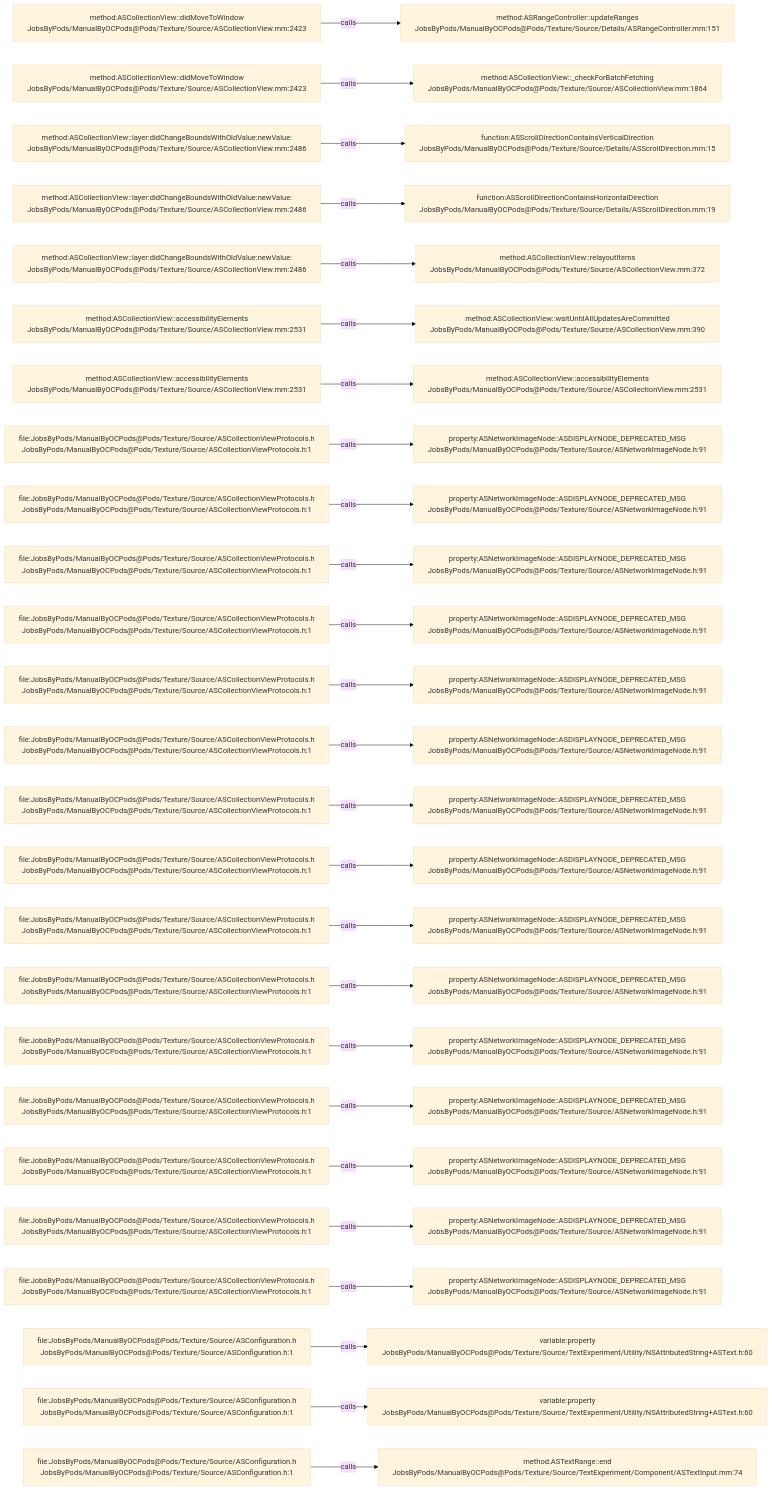
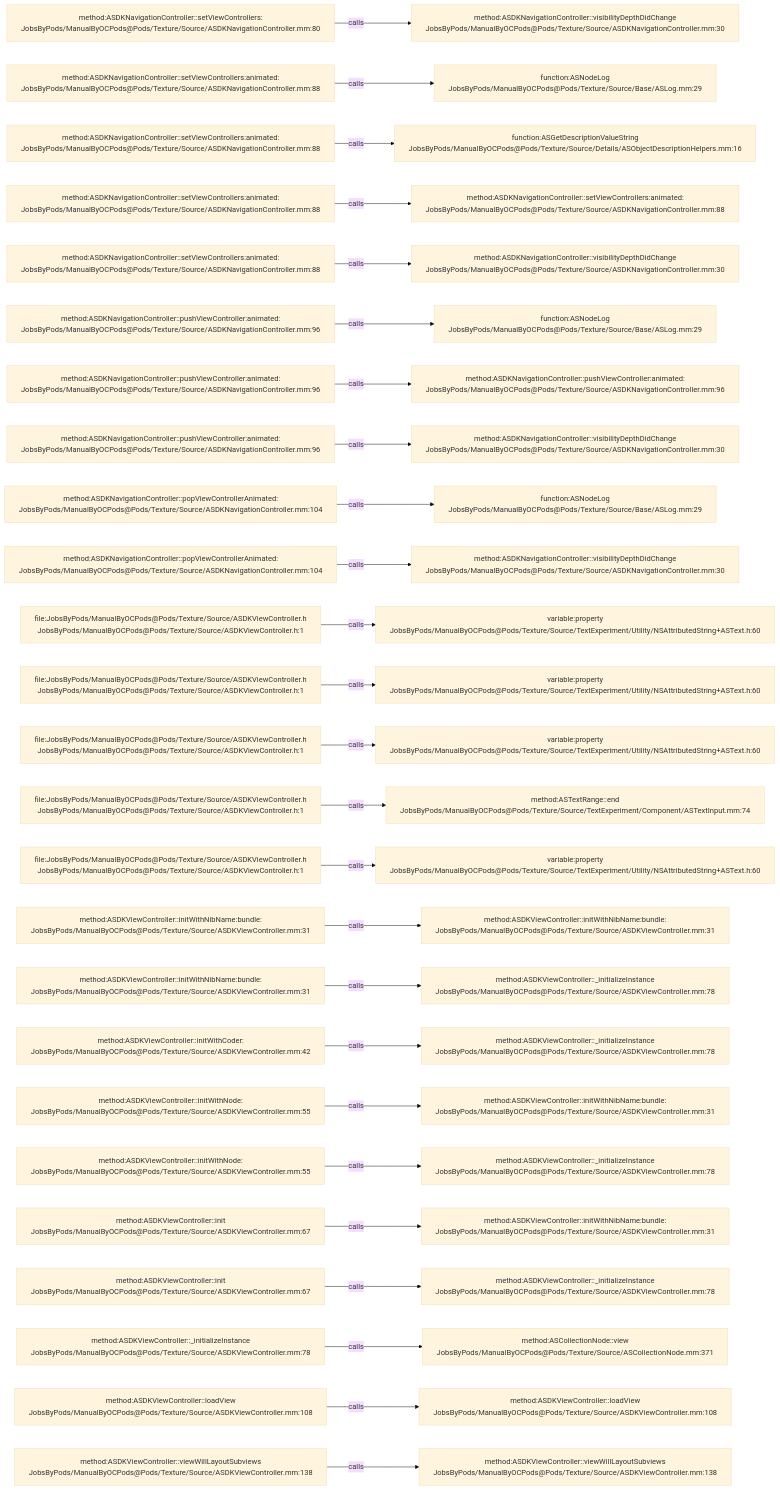
The diagram in .codegraph/codegraph.md/graphs/calls-086.md (JobsKits/JobsOCBaseConfigDemo), drawn with Mermaid (base theme) before and after one commit. The commit also changed 1353 other files, not shown here.

````diff
--- a/.codegraph/codegraph.md/graphs/calls-086.md
+++ b/.codegraph/codegraph.md/graphs/calls-086.md
@@ -13,78 +13,78 @@
 ```mermaid
 flowchart LR
-  S1["method:ASCollectionView::didMoveToWindow<br/>JobsByPods/ManualByOCPods@Pods/Texture/Source/ASCollectionView.mm:2423"]
-  T1["method:ASRangeController::updateRanges<br/>JobsByPods/ManualByOCPods@Pods/Texture/Source/Details/ASRangeController.mm:151"]
+  S1["method:ASDKNavigationController::setViewControllers:<br/>JobsByPods/ManualByOCPods@Pods/Texture/Source/ASDKNavigationController.mm:80"]
+  T1["method:ASDKNavigationController::visibilityDepthDidChange<br/>JobsByPods/ManualByOCPods@Pods/Texture/Source/ASDKNavigationController.mm:30"]
   S1 -->|calls| T1
-  S2["method:ASCollectionView::didMoveToWindow<br/>JobsByPods/ManualByOCPods@Pods/Texture/Source/ASCollectionView.mm:2423"]
-  T2["method:ASCollectionView::_checkForBatchFetching<br/>JobsByPods/ManualByOCPods@Pods/Texture/Source/ASCollectionView.mm:1864"]
+  S2["method:ASDKNavigationController::setViewControllers:animated:<br/>JobsByPods/ManualByOCPods@Pods/Texture/Source/ASDKNavigationController.mm:88"]
+  T2["function:ASNodeLog<br/>JobsByPods/ManualByOCPods@Pods/Texture/Source/Base/ASLog.mm:29"]
   S2 -->|calls| T2
-  S3["method:ASCollectionView::layer:didChangeBoundsWithOldValue:newValue:<br/>JobsByPods/ManualByOCPods@Pods/Texture/Source/ASCollectionView.mm:2486"]
-  T3["function:ASScrollDirectionContainsVerticalDirection<br/>JobsByPods/ManualByOCPods@Pods/Texture/Source/Details/ASScrollDirection.mm:15"]
+  S3["method:ASDKNavigationController::setViewControllers:animated:<br/>JobsByPods/ManualByOCPods@Pods/Texture/Source/ASDKNavigationController.mm:88"]
+  T3["function:ASGetDescriptionValueString<br/>JobsByPods/ManualByOCPods@Pods/Texture/Source/Details/ASObjectDescriptionHelpers.mm:16"]
   S3 -->|calls| T3
-  S4["method:ASCollectionView::layer:didChangeBoundsWithOldValue:newValue:<br/>JobsByPods/ManualByOCPods@Pods/Texture/Source/ASCollectionView.mm:2486"]
-  T4["function:ASScrollDirectionContainsHorizontalDirection<br/>JobsByPods/ManualByOCPods@Pods/Texture/Source/Details/ASScrollDirection.mm:19"]
+  S4["method:ASDKNavigationController::setViewControllers:animated:<br/>JobsByPods/ManualByOCPods@Pods/Texture/Source/ASDKNavigationController.mm:88"]
+  T4["method:ASDKNavigationController::setViewControllers:animated:<br/>JobsByPods/ManualByOCPods@Pods/Texture/Source/ASDKNavigationController.mm:88"]
   S4 -->|calls| T4
-  S5["method:ASCollectionView::layer:didChangeBoundsWithOldValue:newValue:<br/>JobsByPods/ManualByOCPods@Pods/Texture/Source/ASCollectionView.mm:2486"]
-  T5["method:ASCollectionView::relayoutItems<br/>JobsByPods/ManualByOCPods@Pods/Texture/Source/ASCollectionView.mm:372"]
+  S5["method:ASDKNavigationController::setViewControllers:animated:<br/>JobsByPods/ManualByOCPods@Pods/Texture/Source/ASDKNavigationController.mm:88"]
+  T5["method:ASDKNavigationController::visibilityDepthDidChange<br/>JobsByPods/ManualByOCPods@Pods/Texture/Source/ASDKNavigationController.mm:30"]
   S5 -->|calls| T5
-  S6["method:ASCollectionView::accessibilityElements<br/>JobsByPods/ManualByOCPods@Pods/Texture/Source/ASCollectionView.mm:2531"]
-  T6["method:ASCollectionView::waitUntilAllUpdatesAreCommitted<br/>JobsByPods/ManualByOCPods@Pods/Texture/Source/ASCollectionView.mm:390"]
+  S6["method:ASDKNavigationController::pushViewController:animated:<br/>JobsByPods/ManualByOCPods@Pods/Texture/Source/ASDKNavigationController.mm:96"]
+  T6["function:ASNodeLog<br/>JobsByPods/ManualByOCPods@Pods/Texture/Source/Base/ASLog.mm:29"]
   S6 -->|calls| T6
-  S7["method:ASCollectionView::accessibilityElements<br/>JobsByPods/ManualByOCPods@Pods/Texture/Source/ASCollectionView.mm:2531"]
-  T7["method:ASCollectionView::accessibilityElements<br/>JobsByPods/ManualByOCPods@Pods/Texture/Source/ASCollectionView.mm:2531"]
+  S7["method:ASDKNavigationController::pushViewController:animated:<br/>JobsByPods/ManualByOCPods@Pods/Texture/Source/ASDKNavigationController.mm:96"]
+  T7["method:ASDKNavigationController::pushViewController:animated:<br/>JobsByPods/ManualByOCPods@Pods/Texture/Source/ASDKNavigationController.mm:96"]
   S7 -->|calls| T7
-  S8["file:JobsByPods/ManualByOCPods@Pods/Texture/Source/ASCollectionViewProtocols.h<br/>JobsByPods/ManualByOCPods@Pods/Texture/Source/ASCollectionViewProtocols.h:1"]
-  T8["property:ASNetworkImageNode::ASDISPLAYNODE_DEPRECATED_MSG<br/>JobsByPods/ManualByOCPods@Pods/Texture/Source/ASNetworkImageNode.h:91"]
+  S8["method:ASDKNavigationController::pushViewController:animated:<br/>JobsByPods/ManualByOCPods@Pods/Texture/Source/ASDKNavigationController.mm:96"]
+  T8["method:ASDKNavigationController::visibilityDepthDidChange<br/>JobsByPods/ManualByOCPods@Pods/Texture/Source/ASDKNavigationController.mm:30"]
   S8 -->|calls| T8
-  S9["file:JobsByPods/ManualByOCPods@Pods/Texture/Source/ASCollectionViewProtocols.h<br/>JobsByPods/ManualByOCPods@Pods/Texture/Source/ASCollectionViewProtocols.h:1"]
-  T9["property:ASNetworkImageNode::ASDISPLAYNODE_DEPRECATED_MSG<br/>JobsByPods/ManualByOCPods@Pods/Texture/Source/ASNetworkImageNode.h:91"]
+  S9["method:ASDKNavigationController::popViewControllerAnimated:<br/>JobsByPods/ManualByOCPods@Pods/Texture/Source/ASDKNavigationController.mm:104"]
+  T9["function:ASNodeLog<br/>JobsByPods/ManualByOCPods@Pods/Texture/Source/Base/ASLog.mm:29"]
   S9 -->|calls| T9
-  S10["file:JobsByPods/ManualByOCPods@Pods/Texture/Source/ASCollectionViewProtocols.h<br/>JobsByPods/ManualByOCPods@Pods/Texture/Source/ASCollectionViewProtocols.h:1"]
-  T10["property:ASNetworkImageNode::ASDISPLAYNODE_DEPRECATED_MSG<br/>JobsByPods/ManualByOCPods@Pods/Texture/Source/ASNetworkImageNode.h:91"]
+  S10["method:ASDKNavigationController::popViewControllerAnimated:<br/>JobsByPods/ManualByOCPods@Pods/Texture/Source/ASDKNavigationController.mm:104"]
+  T10["method:ASDKNavigationController::visibilityDepthDidChange<br/>JobsByPods/ManualByOCPods@Pods/Texture/Source/ASDKNavigationController.mm:30"]
   S10 -->|calls| T10
-  S11["file:JobsByPods/ManualByOCPods@Pods/Texture/Source/ASCollectionViewProtocols.h<br/>JobsByPods/ManualByOCPods@Pods/Texture/Source/ASCollectionViewProtocols.h:1"]
-  T11["property:ASNetworkImageNode::ASDISPLAYNODE_DEPRECATED_MSG<br/>JobsByPods/ManualByOCPods@Pods/Texture/Source/ASNetworkImageNode.h:91"]
+  S11["file:JobsByPods/ManualByOCPods@Pods/Texture/Source/ASDKViewController.h<br/>JobsByPods/ManualByOCPods@Pods/Texture/Source/ASDKViewController.h:1"]
+  T11["variable:property<br/>JobsByPods/ManualByOCPods@Pods/Texture/Source/TextExperiment/Utility/NSAttributedString+ASText.h:60"]
   S11 -->|calls| T11
-  S12["file:JobsByPods/ManualByOCPods@Pods/Texture/Source/ASCollectionViewProtocols.h<br/>JobsByPods/ManualByOCPods@Pods/Texture/Source/ASCollectionViewProtocols.h:1"]
-  T12["property:ASNetworkImageNode::ASDISPLAYNODE_DEPRECATED_MSG<br/>JobsByPods/ManualByOCPods@Pods/Texture/Source/ASNetworkImageNode.h:91"]
+  S12["file:JobsByPods/ManualByOCPods@Pods/Texture/Source/ASDKViewController.h<br/>JobsByPods/ManualByOCPods@Pods/Texture/Source/ASDKViewController.h:1"]
+  T12["variable:property<br/>JobsByPods/ManualByOCPods@Pods/Texture/Source/TextExperiment/Utility/NSAttributedString+ASText.h:60"]
   S12 -->|calls| T12
-  S13["file:JobsByPods/ManualByOCPods@Pods/Texture/Source/ASCollectionViewProtocols.h<br/>JobsByPods/ManualByOCPods@Pods/Texture/Source/ASCollectionViewProtocols.h:1"]
-  T13["property:ASNetworkImageNode::ASDISPLAYNODE_DEPRECATED_MSG<br/>JobsByPods/ManualByOCPods@Pods/Texture/Source/ASNetworkImageNode.h:91"]
+  S13["file:JobsByPods/ManualByOCPods@Pods/Texture/Source/ASDKViewController.h<br/>JobsByPods/ManualByOCPods@Pods/Texture/Source/ASDKViewController.h:1"]
+  T13["variable:property<br/>JobsByPods/ManualByOCPods@Pods/Texture/Source/TextExperiment/Utility/NSAttributedString+ASText.h:60"]
   S13 -->|calls| T13
-  S14["file:JobsByPods/ManualByOCPods@Pods/Texture/Source/ASCollectionViewProtocols.h<br/>JobsByPods/ManualByOCPods@Pods/Texture/Source/ASCollectionViewProtocols.h:1"]
-  T14["property:ASNetworkImageNode::ASDISPLAYNODE_DEPRECATED_MSG<br/>JobsByPods/ManualByOCPods@Pods/Texture/Source/ASNetworkImageNode.h:91"]
+  S14["file:JobsByPods/ManualByOCPods@Pods/Texture/Source/ASDKViewController.h<br/>JobsByPods/ManualByOCPods@Pods/Texture/Source/ASDKViewController.h:1"]
+  T14["method:ASTextRange::end<br/>JobsByPods/ManualByOCPods@Pods/Texture/Source/TextExperiment/Component/ASTextInput.mm:74"]
   S14 -->|calls| T14
-  S15["file:JobsByPods/ManualByOCPods@Pods/Texture/Source/ASCollectionViewProtocols.h<br/>JobsByPods/ManualByOCPods@Pods/Texture/Source/ASCollectionViewProtocols.h:1"]
-  T15["property:ASNetworkImageNode::ASDISPLAYNODE_DEPRECATED_MSG<br/>JobsByPods/ManualByOCPods@Pods/Texture/Source/ASNetworkImageNode.h:91"]
+  S15["file:JobsByPods/ManualByOCPods@Pods/Texture/Source/ASDKViewController.h<br/>JobsByPods/ManualByOCPods@Pods/Texture/Source/ASDKViewController.h:1"]
+  T15["variable:property<br/>JobsByPods/ManualByOCPods@Pods/Texture/Source/TextExperiment/Utility/NSAttributedString+ASText.h:60"]
   S15 -->|calls| T15
-  S16["file:JobsByPods/ManualByOCPods@Pods/Texture/Source/ASCollectionViewProtocols.h<br/>JobsByPods/ManualByOCPods@Pods/Texture/Source/ASCollectionViewProtocols.h:1"]
-  T16["property:ASNetworkImageNode::ASDISPLAYNODE_DEPRECATED_MSG<br/>JobsByPods/ManualByOCPods@Pods/Texture/Source/ASNetworkImageNode.h:91"]
+  S16["method:ASDKViewController::initWithNibName:bundle:<br/>JobsByPods/ManualByOCPods@Pods/Texture/Source/ASDKViewController.mm:31"]
+  T16["method:ASDKViewController::initWithNibName:bundle:<br/>JobsByPods/ManualByOCPods@Pods/Texture/Source/ASDKViewController.mm:31"]
   S16 -->|calls| T16
-  S17["file:JobsByPods/ManualByOCPods@Pods/Texture/Source/ASCollectionViewProtocols.h<br/>JobsByPods/ManualByOCPods@Pods/Texture/Source/ASCollectionViewProtocols.h:1"]
-  T17["property:ASNetworkImageNode::ASDISPLAYNODE_DEPRECATED_MSG<br/>JobsByPods/ManualByOCPods@Pods/Texture/Source/ASNetworkImageNode.h:91"]
+  S17["method:ASDKViewController::initWithNibName:bundle:<br/>JobsByPods/ManualByOCPods@Pods/Texture/Source/ASDKViewController.mm:31"]
+  T17["method:ASDKViewController::_initializeInstance<br/>JobsByPods/ManualByOCPods@Pods/Texture/Source/ASDKViewController.mm:78"]
   S17 -->|calls| T17
-  S18["file:JobsByPods/ManualByOCPods@Pods/Texture/Source/ASCollectionViewProtocols.h<br/>JobsByPods/ManualByOCPods@Pods/Texture/Source/ASCollectionViewProtocols.h:1"]
-  T18["property:ASNetworkImageNode::ASDISPLAYNODE_DEPRECATED_MSG<br/>JobsByPods/ManualByOCPods@Pods/Texture/Source/ASNetworkImageNode.h:91"]
+  S18["method:ASDKViewController::initWithCoder:<br/>JobsByPods/ManualByOCPods@Pods/Texture/Source/ASDKViewController.mm:42"]
+  T18["method:ASDKViewController::_initializeInstance<br/>JobsByPods/ManualByOCPods@Pods/Texture/Source/ASDKViewController.mm:78"]
   S18 -->|calls| T18
-  S19["file:JobsByPods/ManualByOCPods@Pods/Texture/Source/ASCollectionViewProtocols.h<br/>JobsByPods/ManualByOCPods@Pods/Texture/Source/ASCollectionViewProtocols.h:1"]
-  T19["property:ASNetworkImageNode::ASDISPLAYNODE_DEPRECATED_MSG<br/>JobsByPods/ManualByOCPods@Pods/Texture/Source/ASNetworkImageNode.h:91"]
+  S19["method:ASDKViewController::initWithNode:<br/>JobsByPods/ManualByOCPods@Pods/Texture/Source/ASDKViewController.mm:55"]
+  T19["method:ASDKViewController::initWithNibName:bundle:<br/>JobsByPods/ManualByOCPods@Pods/Texture/Source/ASDKViewController.mm:31"]
   S19 -->|calls| T19
-  S20["file:JobsByPods/ManualByOCPods@Pods/Texture/Source/ASCollectionViewProtocols.h<br/>JobsByPods/ManualByOCPods@Pods/Texture/Source/ASCollectionViewProtocols.h:1"]
-  T20["property:ASNetworkImageNode::ASDISPLAYNODE_DEPRECATED_MSG<br/>JobsByPods/ManualByOCPods@Pods/Texture/Source/ASNetworkImageNode.h:91"]
+  S20["method:ASDKViewController::initWithNode:<br/>JobsByPods/ManualByOCPods@Pods/Texture/Source/ASDKViewController.mm:55"]
+  T20["method:ASDKViewController::_initializeInstance<br/>JobsByPods/ManualByOCPods@Pods/Texture/Source/ASDKViewController.mm:78"]
   S20 -->|calls| T20
-  S21["file:JobsByPods/ManualByOCPods@Pods/Texture/Source/ASCollectionViewProtocols.h<br/>JobsByPods/ManualByOCPods@Pods/Texture/Source/ASCollectionViewProtocols.h:1"]
-  T21["property:ASNetworkImageNode::ASDISPLAYNODE_DEPRECATED_MSG<br/>JobsByPods/ManualByOCPods@Pods/Texture/Source/ASNetworkImageNode.h:91"]
+  S21["method:ASDKViewController::init<br/>JobsByPods/ManualByOCPods@Pods/Texture/Source/ASDKViewController.mm:67"]
+  T21["method:ASDKViewController::initWithNibName:bundle:<br/>JobsByPods/ManualByOCPods@Pods/Texture/Source/ASDKViewController.mm:31"]
   S21 -->|calls| T21
-  S22["file:JobsByPods/ManualByOCPods@Pods/Texture/Source/ASCollectionViewProtocols.h<br/>JobsByPods/ManualByOCPods@Pods/Texture/Source/ASCollectionViewProtocols.h:1"]
-  T22["property:ASNetworkImageNode::ASDISPLAYNODE_DEPRECATED_MSG<br/>JobsByPods/ManualByOCPods@Pods/Texture/Source/ASNetworkImageNode.h:91"]
+  S22["method:ASDKViewController::init<br/>JobsByPods/ManualByOCPods@Pods/Texture/Source/ASDKViewController.mm:67"]
+  T22["method:ASDKViewController::_initializeInstance<br/>JobsByPods/ManualByOCPods@Pods/Texture/Source/ASDKViewController.mm:78"]
   S22 -->|calls| T22
-  S23["file:JobsByPods/ManualByOCPods@Pods/Texture/Source/ASConfiguration.h<br/>JobsByPods/ManualByOCPods@Pods/Texture/Source/ASConfiguration.h:1"]
-  T23["variable:property<br/>JobsByPods/ManualByOCPods@Pods/Texture/Source/TextExperiment/Utility/NSAttributedString+ASText.h:60"]
+  S23["method:ASDKViewController::_initializeInstance<br/>JobsByPods/ManualByOCPods@Pods/Texture/Source/ASDKViewController.mm:78"]
+  T23["method:ASCollectionNode::view<br/>JobsByPods/ManualByOCPods@Pods/Texture/Source/ASCollectionNode.mm:371"]
   S23 -->|calls| T23
-  S24["file:JobsByPods/ManualByOCPods@Pods/Texture/Source/ASConfiguration.h<br/>JobsByPods/ManualByOCPods@Pods/Texture/Source/ASConfiguration.h:1"]
-  T24["variable:property<br/>JobsByPods/ManualByOCPods@Pods/Texture/Source/TextExperiment/Utility/NSAttributedString+ASText.h:60"]
+  S24["method:ASDKViewController::loadView<br/>JobsByPods/ManualByOCPods@Pods/Texture/Source/ASDKViewController.mm:108"]
+  T24["method:ASDKViewController::loadView<br/>JobsByPods/ManualByOCPods@Pods/Texture/Source/ASDKViewController.mm:108"]
   S24 -->|calls| T24
-  S25["file:JobsByPods/ManualByOCPods@Pods/Texture/Source/ASConfiguration.h<br/>JobsByPods/ManualByOCPods@Pods/Texture/Source/ASConfiguration.h:1"]
-  T25["method:ASTextRange::end<br/>JobsByPods/ManualByOCPods@Pods/Texture/Source/TextExperiment/Component/ASTextInput.mm:74"]
+  S25["method:ASDKViewController::viewWillLayoutSubviews<br/>JobsByPods/ManualByOCPods@Pods/Texture/Source/ASDKViewController.mm:138"]
+  T25["method:ASDKViewController::viewWillLayoutSubviews<br/>JobsByPods/ManualByOCPods@Pods/Texture/Source/ASDKViewController.mm:138"]
   S25 -->|calls| T25
 ```
````
